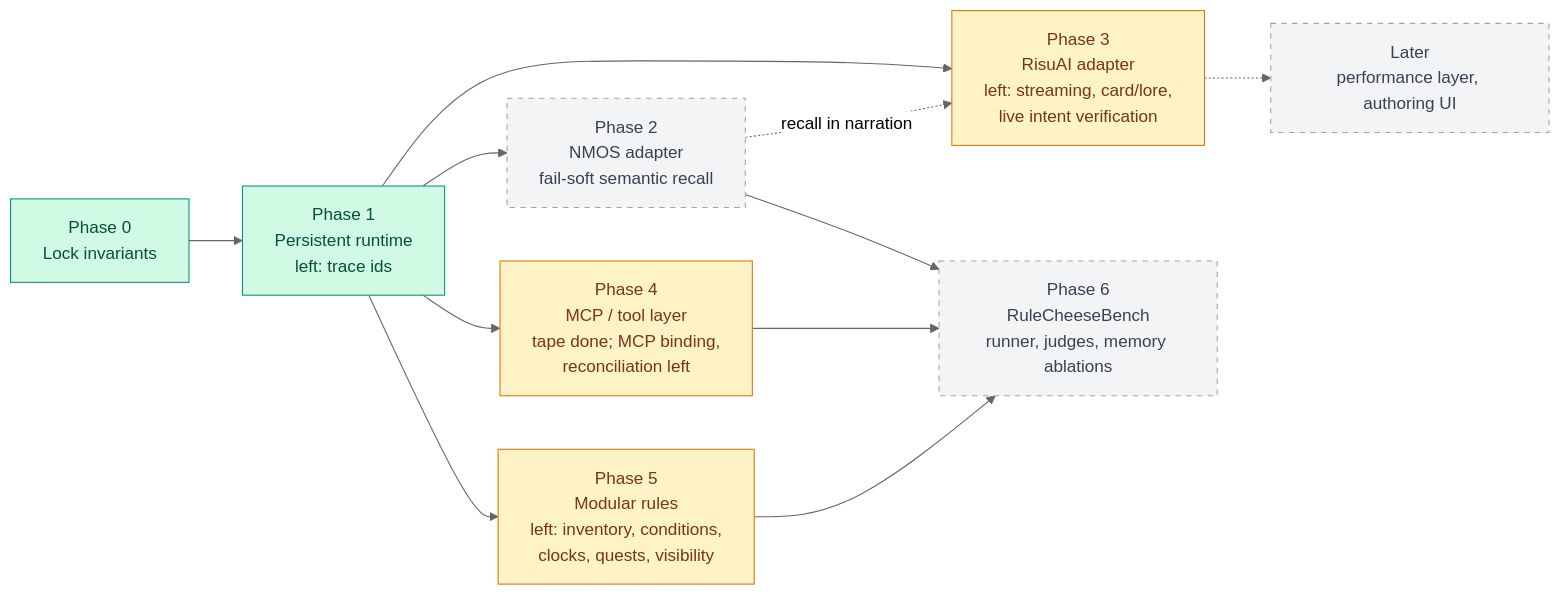
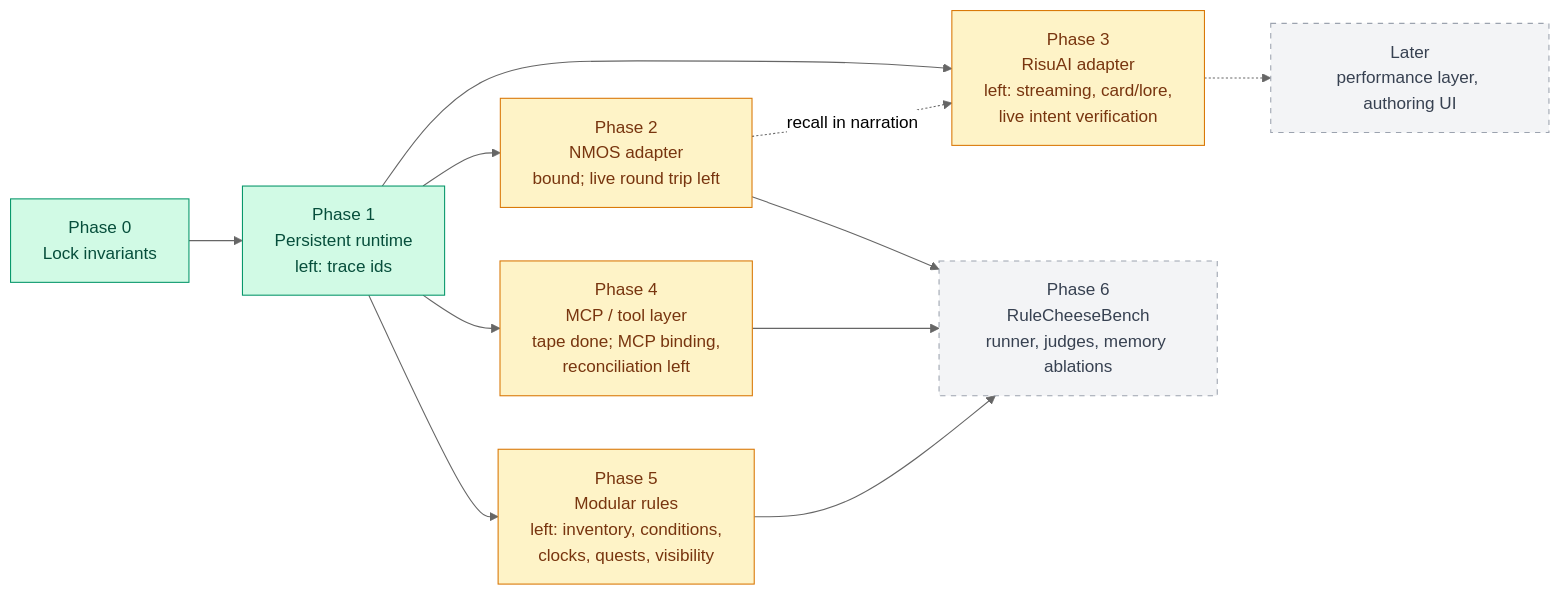
Before and after one commit to Sallos725/SAGA: the second of 2 diagrams in README.md, drawn with Mermaid (neutral theme). The commit also changed other lines of this file and 14 other files, not shown here.

First line of the commit message:
feat: bind the NMOS sidecar behind MemoryPort, fail-soft

````diff
--- a/README.md
+++ b/README.md
@@ -98,21 +98,21 @@
 ```mermaid
 flowchart LR
     p0["Phase 0<br/>Lock invariants"]:::done
     p1["Phase 1<br/>Persistent runtime<br/>left: trace ids"]:::done
-    p2["Phase 2<br/>NMOS adapter<br/>fail-soft semantic recall"]:::planned
+    p2["Phase 2<br/>NMOS adapter<br/>bound; live round trip left"]:::partial
     p3["Phase 3<br/>RisuAI adapter<br/>left: streaming, card/lore,<br/>live intent verification"]:::partial
     p4["Phase 4<br/>MCP / tool layer<br/>tape done; MCP binding,<br/>reconciliation left"]:::partial
     p5["Phase 5<br/>Modular rules<br/>left: inventory, conditions,<br/>clocks, quests, visibility"]:::partial
     p6["Phase 6<br/>RuleCheeseBench<br/>runner, judges, memory ablations"]:::planned
     later["Later<br/>performance layer, authoring UI"]:::planned
 
     p0 --> p1
     p1 --> p2 & p3 & p4 & p5
     p2 -. "recall in narration" .-> p3
     p2 & p4 & p5 --> p6
     p3 -.-> later
 
     classDef done fill:#d1fae5,stroke:#059669,color:#064e3b
     classDef partial fill:#fef3c7,stroke:#d97706,color:#78350f
     classDef planned fill:#f3f4f6,stroke:#9ca3af,color:#374151,stroke-dasharray: 5 5
 ```
````
